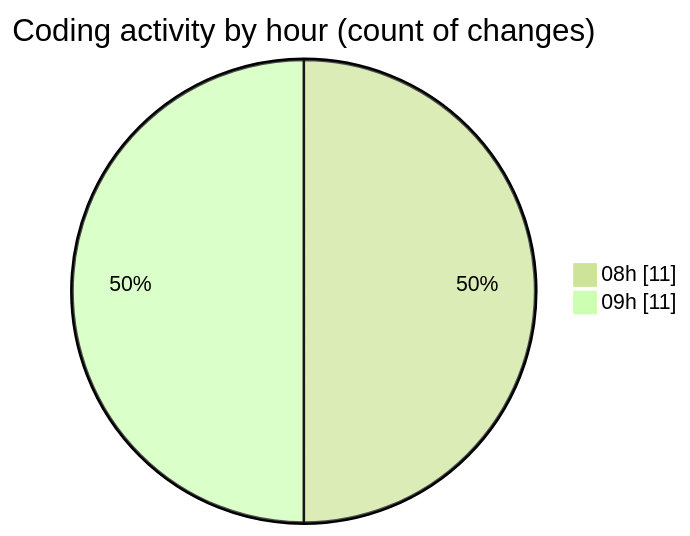
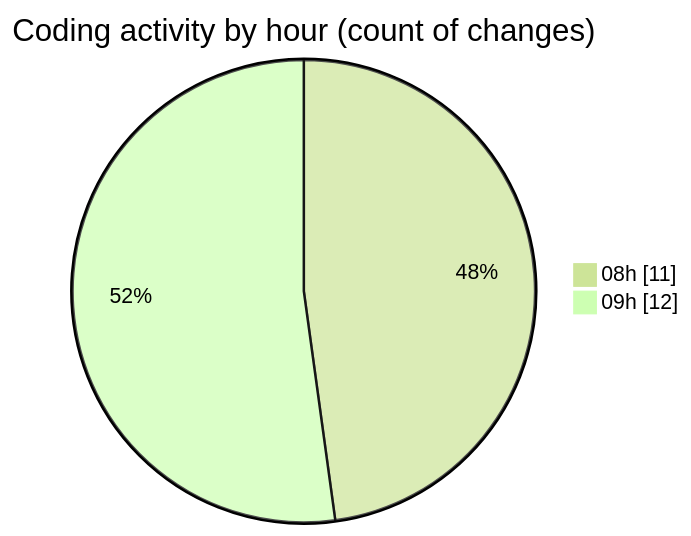
One commit to MatusMokan/code-tracking changed the second of 2 diagrams in 2025-11-15/untitled__workspace_/README.md. Above: the diagram before and after it, drawn with Mermaid (forest theme). The commit also changed other lines of this file and 1 other file, not shown here.

````diff
--- a/2025-11-15/untitled__workspace_/README.md
+++ b/2025-11-15/untitled__workspace_/README.md
@@ -29,6 +29,6 @@
 ```mermaid
 pie showData
 title Coding activity by hour (count of changes)
 "08h" : 11
-"09h" : 11
+"09h" : 12
 ```
````
